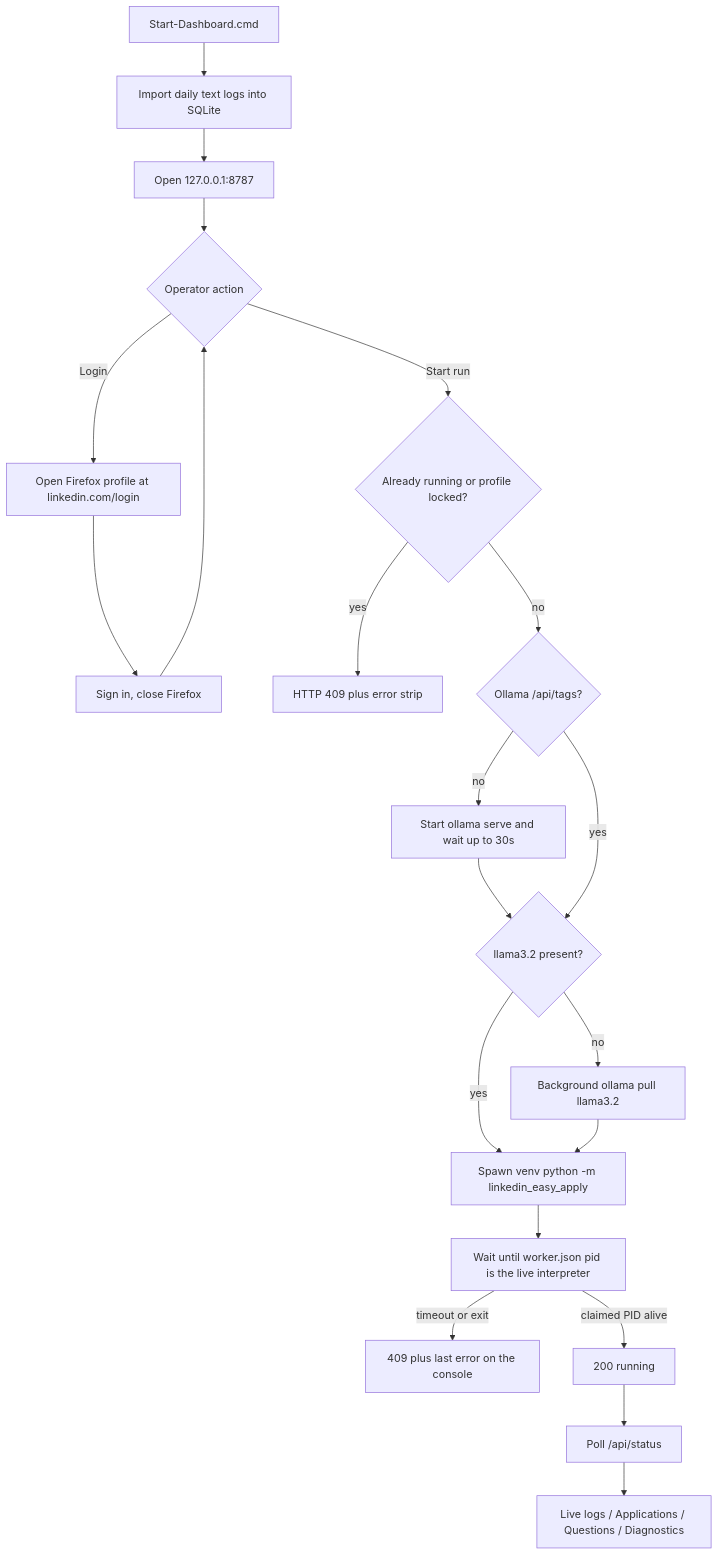
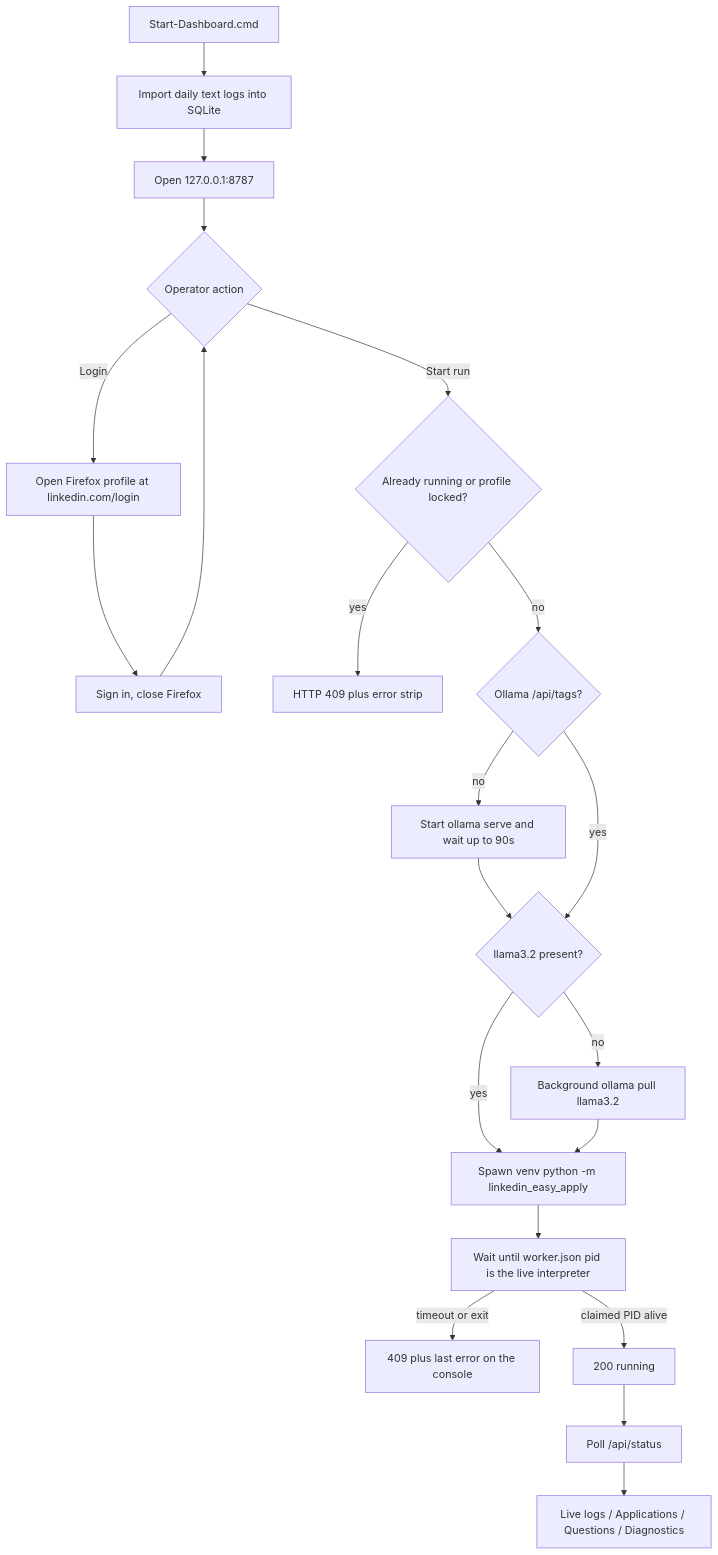
One commit to TapiwaChikwenya/linkedin-application-bot changed the first of 8 diagrams in docs/dashboard.md. Above: the diagram before and after it, drawn with Mermaid. The commit also changed other lines of this file and 5 other files, not shown here.

Commit message:
Stop every local Ollama process from the dashboard, including ones this app did not start.

````diff
--- a/docs/dashboard.md
+++ b/docs/dashboard.md
@@ -59,23 +60,23 @@
 ```mermaid
 flowchart TD
   A[Start-Dashboard.cmd] --> B[Import daily text logs into SQLite]
   B --> C[Open 127.0.0.1:8787]
   C --> D{Operator action}
   D -->|Login| L[Open Firefox profile at linkedin.com/login]
   L --> M[Sign in, close Firefox]
   M --> D
   D -->|Start run| F{Already running or profile locked?}
   F -->|yes| E[HTTP 409 plus error strip]
   F -->|no| G{Ollama /api/tags?}
-  G -->|no| H[Start ollama serve and wait up to 30s]
+  G -->|no| H[Start ollama serve and wait up to 90s]
   H --> I{llama3.2 present?}
   G -->|yes| I
   I -->|no| J[Background ollama pull llama3.2]
   I -->|yes| K[Spawn venv python -m linkedin_easy_apply]
   J --> K
   K --> N[Wait until worker.json pid is the live interpreter]
   N -->|timeout or exit| O[409 plus last error on the console]
   N -->|claimed PID alive| P[200 running]
   P --> Q[Poll /api/status]
   Q --> R[Live logs / Applications / Questions / Diagnostics]
 ```
````
